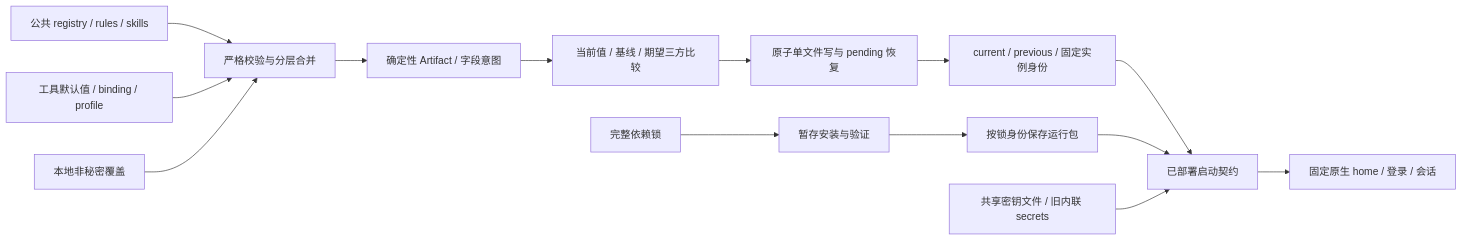
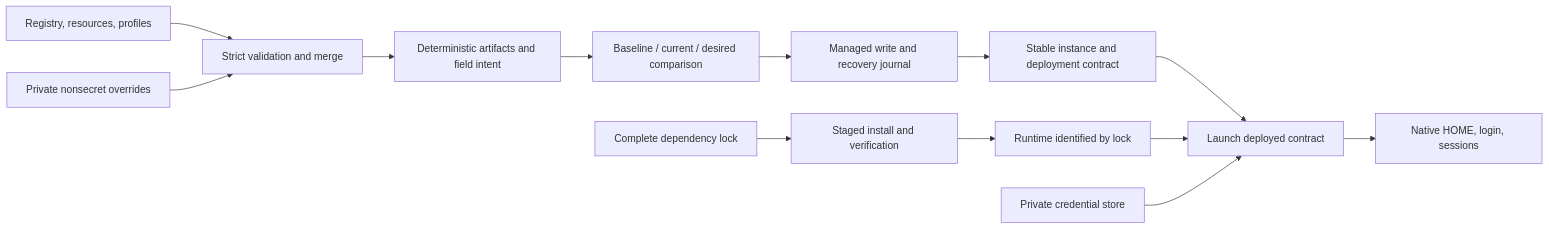
The diagram in docs/architecture.md (aniolgamarie/rotom), drawn with Mermaid before and after one commit. The commit also changed other lines of this file and 51 other files, not shown here.

````diff
--- a/docs/architecture.md
+++ b/docs/architecture.md
@@ -31,16 +13,15 @@
 ```mermaid
 flowchart LR
-  Git[公共 registry / rules / skills] --> Resolve[严格校验与分层合并]
-  Agent[工具默认值 / binding / profile] --> Resolve
-  Local[本地非秘密覆盖] --> Resolve
-  Resolve --> Render[确定性 Artifact / 字段意图]
-  Render --> Plan[当前值 / 基线 / 期望三方比较]
-  Plan --> Apply[原子单文件写与 pending 恢复]
-  Apply --> State[current / previous / 固定实例身份]
-  Lock[完整依赖锁] --> Sync[暂存安装与验证]
-  Sync --> Runtime[按锁身份保存运行包]
-  State --> Run[已部署启动契约]
-  Runtime --> Run
-  Secrets[共享密钥文件 / 旧内联 secrets] --> Run
-  Run --> Native[固定原生 home / 登录 / 会话]
+  Public[Registry, resources, profiles] --> Resolve[Strict validation and merge]
+  Local[Private nonsecret overrides] --> Resolve
+  Resolve --> Render[Deterministic artifacts and field intent]
+  Render --> Plan[Baseline / current / desired comparison]
+  Plan --> Apply[Managed write and recovery journal]
+  Apply --> State[Stable instance and deployment contract]
+  Lock[Complete dependency lock] --> Sync[Staged install and verification]
+  Sync --> Package[Runtime identified by lock]
+  State --> Run[Launch deployed contract]
+  Package --> Run
+  Secret[Private credential store] --> Run
+  Run --> Native[Native HOME, login, sessions]
 ```
````
